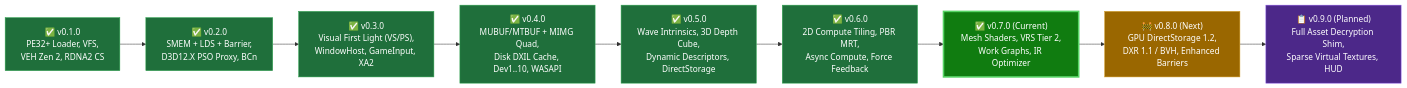
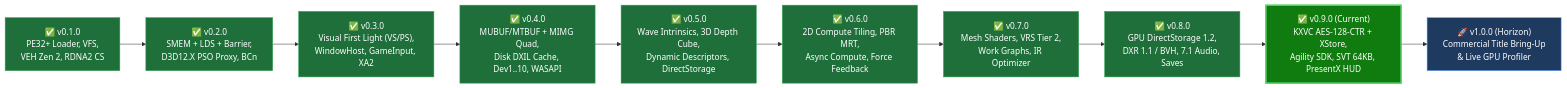
Before and after one commit to Batushn/KestrelX: the first of 5 diagrams in README.md, drawn with Mermaid. The commit also changed other lines of this file and 7 other files, not shown here.

````diff
--- a/README.md
+++ b/README.md
@@ -72,24 +80,26 @@
 ```mermaid
 flowchart LR
     M1["✅ v0.1.0<br/>PE32+ Loader, VFS,<br/>VEH Zen 2, RDNA2 CS"]
     M2["✅ v0.2.0<br/>SMEM + LDS + Barrier,<br/>D3D12.X PSO Proxy, BCn"]
     M3["✅ v0.3.0<br/>Visual First Light (VS/PS),<br/>WindowHost, GameInput, XA2"]
     M4["✅ v0.4.0<br/>MUBUF/MTBUF + MIMG Quad,<br/>Disk DXIL Cache, Dev1..10, WASAPI"]
     M5["✅ v0.5.0<br/>Wave Intrinsics, 3D Depth Cube,<br/>Dynamic Descriptors, DirectStorage"]
     M6["✅ v0.6.0<br/>2D Compute Tiling, PBR MRT,<br/>Async Compute, Force Feedback"]
-    M7["✅ v0.7.0 (Current)<br/>Mesh Shaders, VRS Tier 2,<br/>Work Graphs, IR Optimizer"]
-    M8["🚧 v0.8.0 (Next)<br/>GPU DirectStorage 1.2,<br/>DXR 1.1 / BVH, Enhanced Barriers"]
-    M9["📋 v0.9.0 (Planned)<br/>Full Asset Decryption Shim,<br/>Sparse Virtual Textures, HUD"]
+    M7["✅ v0.7.0<br/>Mesh Shaders, VRS Tier 2,<br/>Work Graphs, IR Optimizer"]
+    M8["✅ v0.8.0<br/>GPU DirectStorage 1.2,<br/>DXR 1.1 / BVH, 7.1 Audio, Saves"]
+    M9["✅ v0.9.0 (Current)<br/>KXVC AES-128-CTR + XStore,<br/>Agility SDK, SVT 64KB, PresentX HUD"]
+    M10["🚀 v1.0.0 (Horizon)<br/>Commercial Title Bring-Up<br/>& Live GPU Profiler"]
 
-    M1 --> M2 --> M3 --> M4 --> M5 --> M6 --> M7 --> M8 --> M9
+    M1 --> M2 --> M3 --> M4 --> M5 --> M6 --> M7 --> M8 --> M9 --> M10
 
     style M1 fill:#1f6f3b,stroke:#2ea44f,color:#fff
     style M2 fill:#1f6f3b,stroke:#2ea44f,color:#fff
     style M3 fill:#1f6f3b,stroke:#2ea44f,color:#fff
     style M4 fill:#1f6f3b,stroke:#2ea44f,color:#fff
     style M5 fill:#1f6f3b,stroke:#2ea44f,color:#fff
     style M6 fill:#1f6f3b,stroke:#2ea44f,color:#fff
-    style M7 fill:#107c10,stroke:#56d364,stroke-width:3px,color:#fff
-    style M8 fill:#9a6700,stroke:#d29922,color:#fff
-    style M9 fill:#4c2889,stroke:#8957e5,color:#fff
+    style M7 fill:#1f6f3b,stroke:#2ea44f,color:#fff
+    style M8 fill:#1f6f3b,stroke:#2ea44f,color:#fff
+    style M9 fill:#107c10,stroke:#56d364,stroke-width:3px,color:#fff
+    style M10 fill:#1f3a5f,stroke:#58a6ff,color:#fff
 ```
````
